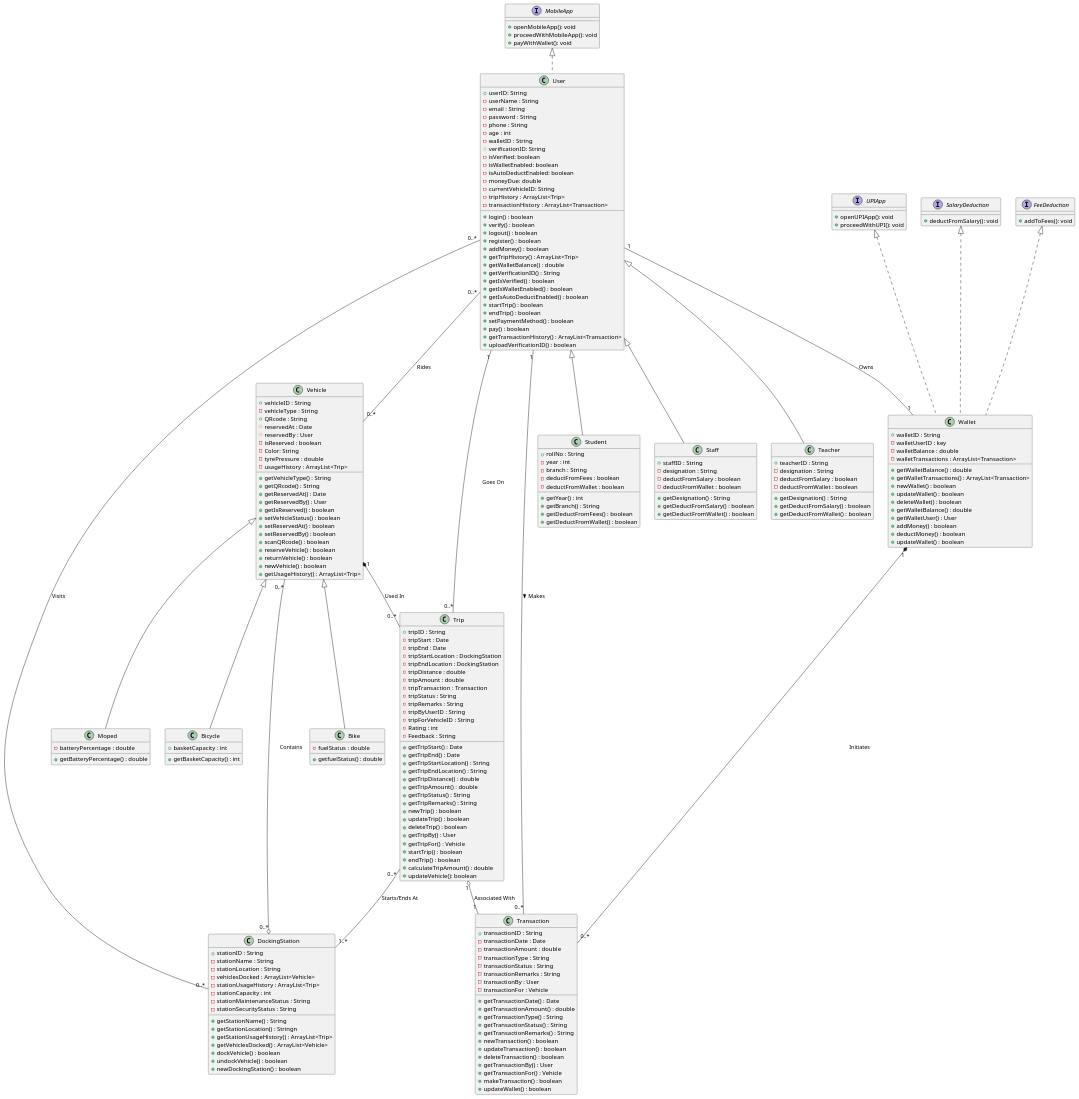
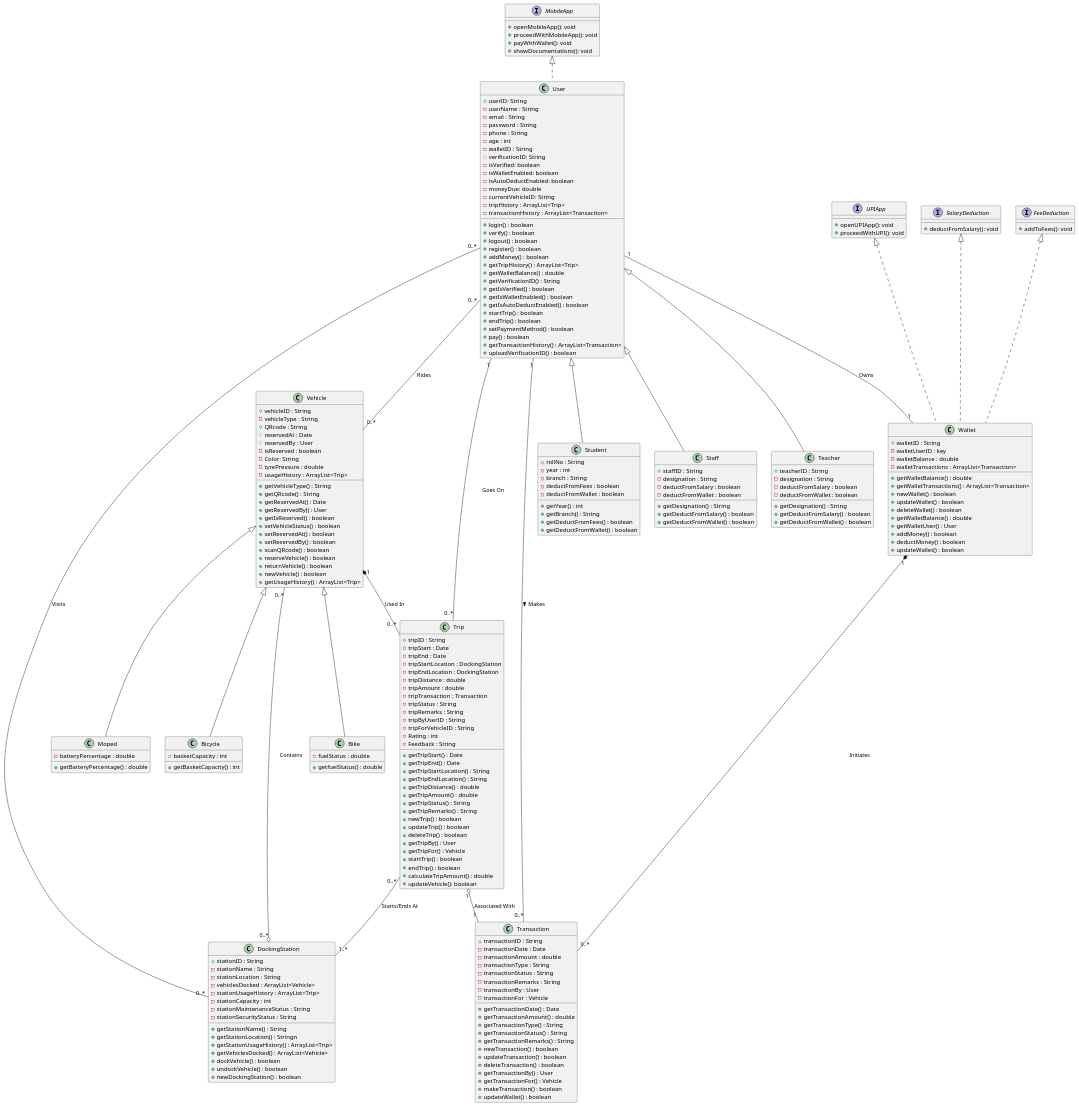
The diagram in A1-Class.puml (ROHIT32767/Smart-Vehicle-Booking-System), drawn with PlantUML before and after one commit. The commit also changed 3 other files, not shown here.

Commit message:
Add showDocumentations() method to MobileApp interface

```diff
--- a/A1-Class.puml
+++ b/A1-Class.puml
@@ -240,6 +240,7 @@
   + openMobileApp(): void
   + proceedWithMobileApp(): void
   + payWithWallet(): void
+  + showDocumentations(): void
 }
 
 interface SalaryDeduction {
```
